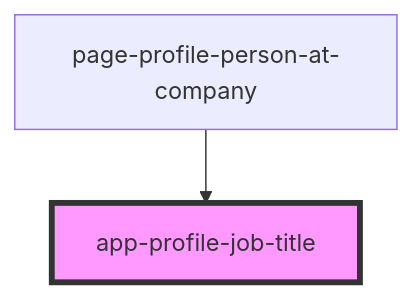
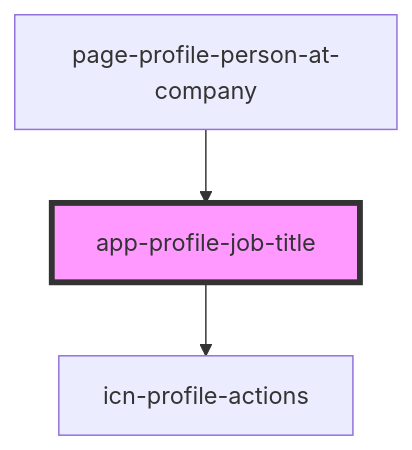
Before and after one commit to lokheed/IconEventNetwork.Web: the diagram in iconeventnetwork-web/src/components/app-profile-job-title/readme.md, drawn with Mermaid. The commit also changed other lines of this file and 37 other files, not shown here.

Commit message:
refactor profile edit/delete actions

````diff
--- a/iconeventnetwork-web/src/components/app-profile-job-title/readme.md
+++ b/iconeventnetwork-web/src/components/app-profile-job-title/readme.md
@@ -23,5 +27,6 @@
 ```mermaid
 graph TD;
+  app-profile-job-title --> icn-profile-actions
   page-profile-person-at-company --> app-profile-job-title
   style app-profile-job-title fill:#f9f,stroke:#333,stroke-width:4px
 ```
````
